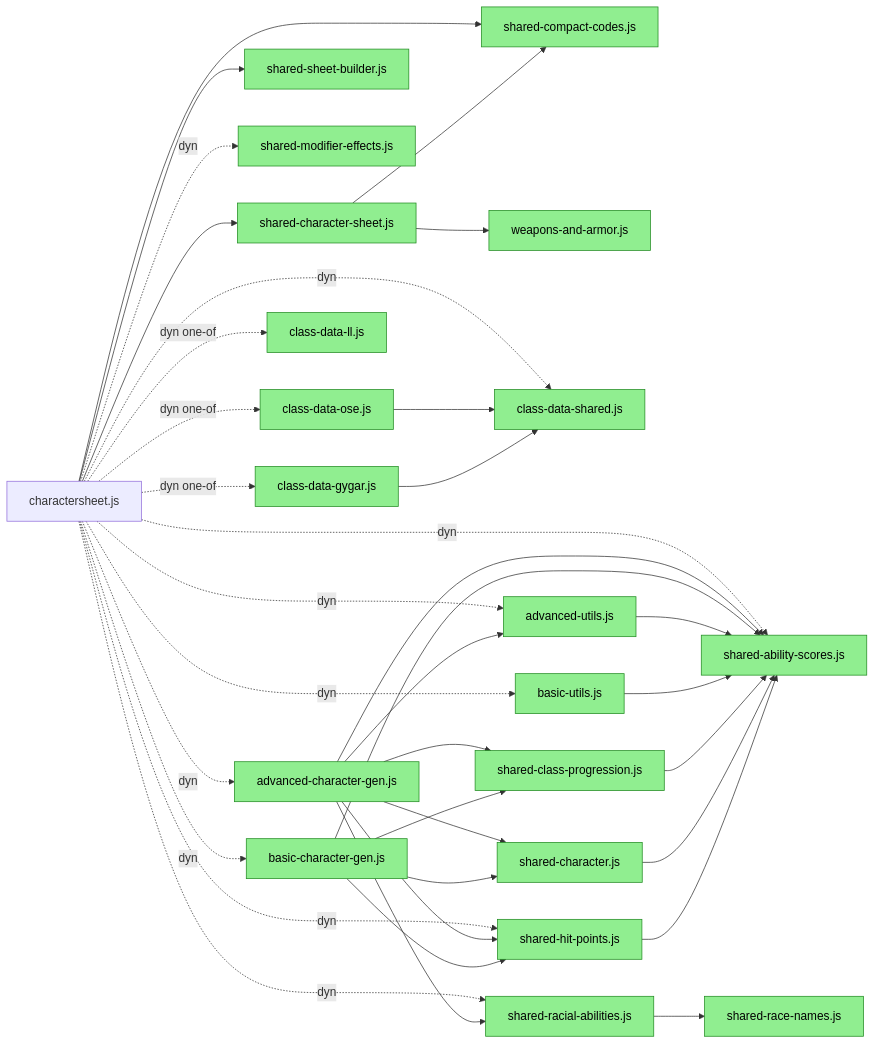
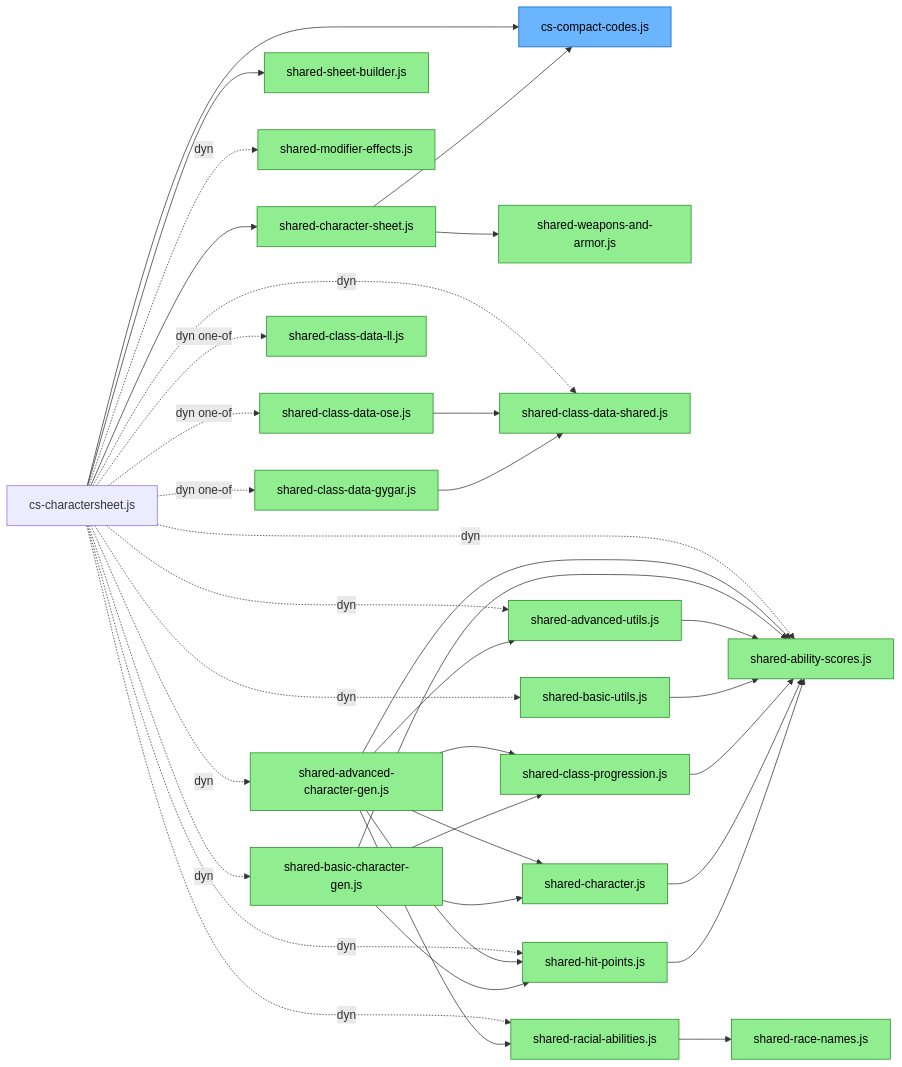
Before and after one commit to bmfrosty/ose-level-0: the first of 2 diagrams in FLOWCHART.md, drawn with Mermaid. The commit also changed other lines of this file and 30 other files, not shown here.

````diff
--- a/FLOWCHART.md
+++ b/FLOWCHART.md
@@ -18,73 +22,75 @@
 ```mermaid
 flowchart LR
     classDef shared fill:#90EE90,stroke:#228B22,color:#000
+    classDef csOnly fill:#6bb5ff,stroke:#0066cc,color:#000
 
-    csjs["charactersheet.js"]
+    csjs["cs-charactersheet.js"]
 
     charsheetjs["shared-character-sheet.js"]
     sheetbuilder["shared-sheet-builder.js"]
-    compact["shared-compact-codes.js"]
-    wa["weapons-and-armor.js"]
+    compact["cs-compact-codes.js"]
+    wa["shared-weapons-and-armor.js"]
     abilsc["shared-ability-scores.js"]
     modeff["shared-modifier-effects.js"]
-    cdshared["class-data-shared.js"]
-    cdose["class-data-ose.js"]
-    cdgygar["class-data-gygar.js"]
-    cdll["class-data-ll.js"]
+    cdshared["shared-class-data-shared.js"]
+    cdose["shared-class-data-ose.js"]
+    cdgygar["shared-class-data-gygar.js"]
+    cdll["shared-class-data-ll.js"]
     racial["shared-racial-abilities.js"]
     racenames["shared-race-names.js"]
-    advutils["advanced-utils.js"]
-    advgen["advanced-character-gen.js"]
-    basicgen["basic-character-gen.js"]
-    basicutils["basic-utils.js"]
+    advutils["shared-advanced-utils.js"]
+    advgen["shared-advanced-character-gen.js"]
+    basicgen["shared-basic-character-gen.js"]
+    basicutils["shared-basic-utils.js"]
     hp["shared-hit-points.js"]
     clsprog["shared-class-progression.js"]
     char["shared-character.js"]
 
-    class charsheetjs,sheetbuilder,compact,wa,abilsc,modeff,cdshared,cdose,cdgygar,cdll,racial,racenames,advutils,advgen,basicgen,basicutils,hp,clsprog,char shared
+    class charsheetjs,sheetbuilder,wa,abilsc,modeff,cdshared,cdose,cdgygar,cdll,racial,racenames,advutils,advgen,basicgen,basicutils,hp,clsprog,char shared
+    class compact csOnly
 
     %% static imports
     csjs --> charsheetjs
     csjs --> compact
     csjs --> sheetbuilder
 
     %% dynamic imports
     csjs -.->|dyn| abilsc
     csjs -.->|dyn| modeff
     csjs -.->|dyn| cdshared
     csjs -.->|dyn one-of| cdose
     csjs -.->|dyn one-of| cdgygar
     csjs -.->|dyn one-of| cdll
     csjs -.->|dyn| racial
     csjs -.->|dyn| advutils
     csjs -.->|dyn| advgen
     csjs -.->|dyn| basicgen
     csjs -.->|dyn| basicutils
     csjs -.->|dyn| hp
 
     charsheetjs --> compact
     charsheetjs --> wa
 
     cdose   --> cdshared
     cdgygar --> cdshared
 
     racial --> racenames
 
     advgen --> abilsc
     advgen --> hp
     advgen --> clsprog
     advgen --> racial
     advgen --> char
     advgen --> advutils
 
     basicgen --> abilsc
     basicgen --> hp
     basicgen --> clsprog
     basicgen --> char
 
     advutils  --> abilsc
     basicutils --> abilsc
     clsprog   --> abilsc
     char      --> abilsc
     hp        --> abilsc
 ```
````
